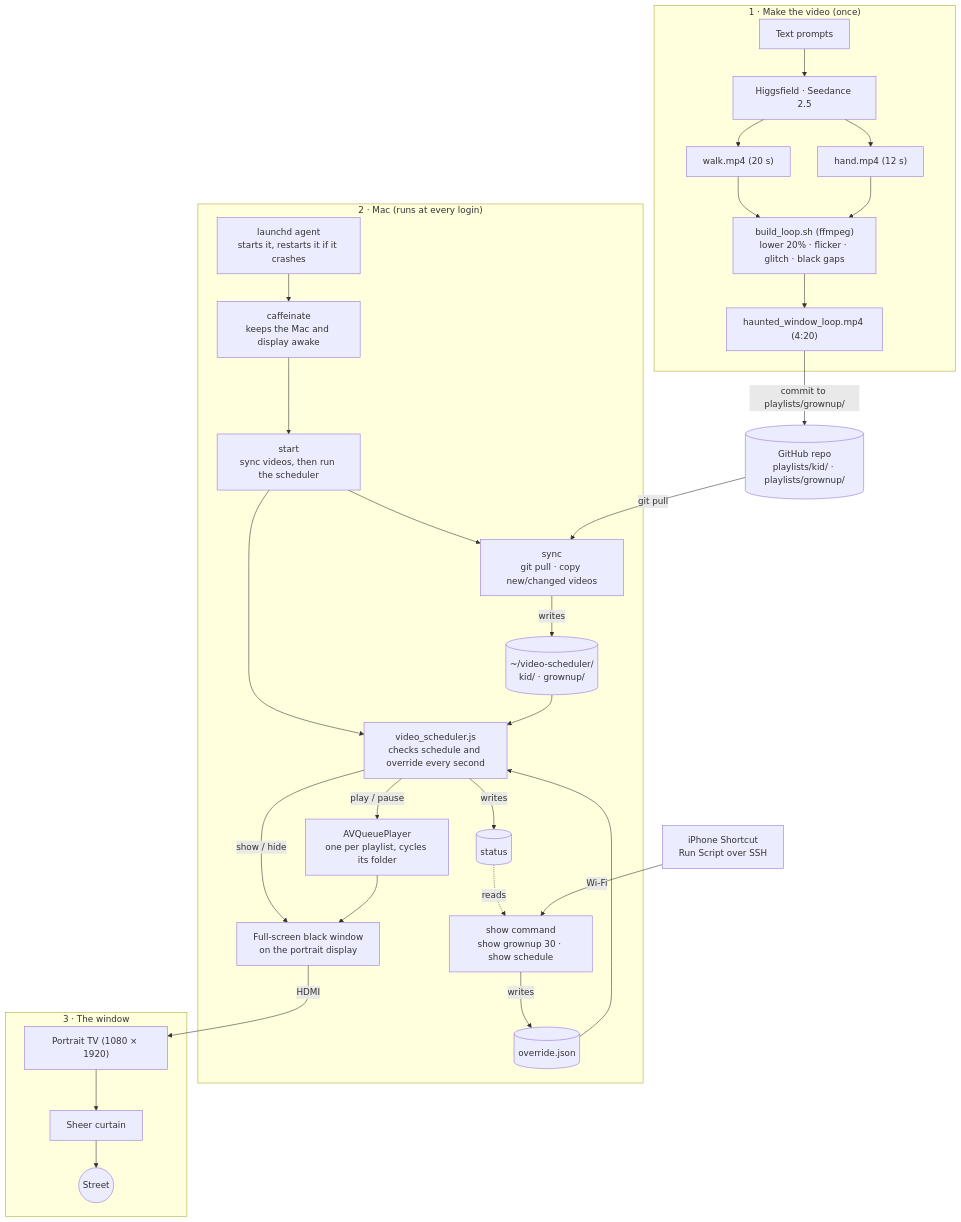
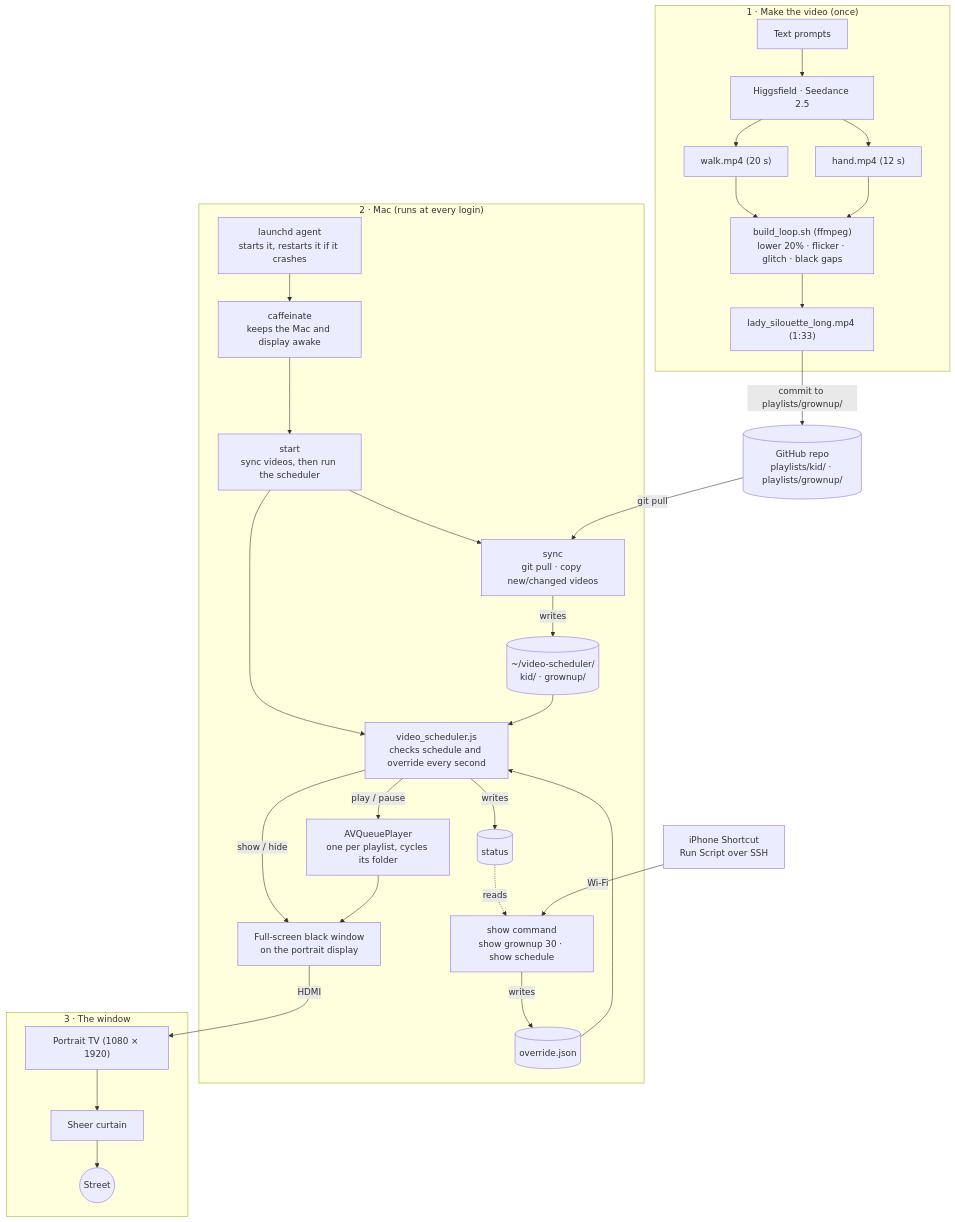
One commit to ndipatri/HalloweenWindowDisplay changed the diagram in README.md. Above: the diagram before and after it, drawn with Mermaid. The commit also changed other lines of this file and 5 other files, not shown here.

````diff
--- a/README.md
+++ b/README.md
@@ -38,38 +38,38 @@
 ```mermaid
 flowchart TB
   subgraph make["1 · Make the video (once)"]
     prompts["Text prompts"] --> hf["Higgsfield · Seedance 2.5"]
     hf --> walk["walk.mp4 (20 s)"]
     hf --> hand["hand.mp4 (12 s)"]
     walk --> build["build_loop.sh (ffmpeg)<br/>lower 20% · flicker · glitch · black gaps"]
     hand --> build
-    build --> video["haunted_window_loop.mp4 (4:20)"]
+    build --> video["lady_silouette_long.mp4 (1:33)"]
   end
 
   subgraph mac["2 · Mac (runs at every login)"]
     launchd["launchd agent<br/>starts it, restarts it if it crashes"] --> caff["caffeinate<br/>keeps the Mac and display awake"]
     caff --> start
     sched["video_scheduler.js<br/>checks schedule and override every second"]
     start["start<br/>sync videos, then run the scheduler"] --> sched
     sync["sync<br/>git pull · copy new/changed videos"] -- "writes" --> folders[("~/video-scheduler/<br/>kid/ · grownup/")]
     start --> sync
     folders --> sched
     show["show command<br/>show grownup 30 · show schedule"] -- "writes" --> override[("override.json")]
     override --> sched
     sched -- "writes" --> status[("status")]
     status -. "reads" .-> show
     sched -- "play / pause" --> queue["AVQueuePlayer<br/>one per playlist, cycles its folder"]
     sched -- "show / hide" --> win["Full-screen black window<br/>on the portrait display"]
     queue --> win
   end
 
   phone["iPhone Shortcut<br/>Run Script over SSH"] -- "Wi-Fi" --> show
 
   subgraph room["3 · The window"]
     tv["Portrait TV (1080 × 1920)"] --> curtain["Sheer curtain"] --> street(("Street"))
   end
 
   video -- "commit to playlists/grownup/" --> github[("GitHub repo<br/>playlists/kid/ · playlists/grownup/")]
   github -- "git pull" --> sync
   win -- "HDMI" --> tv
 ```
````
